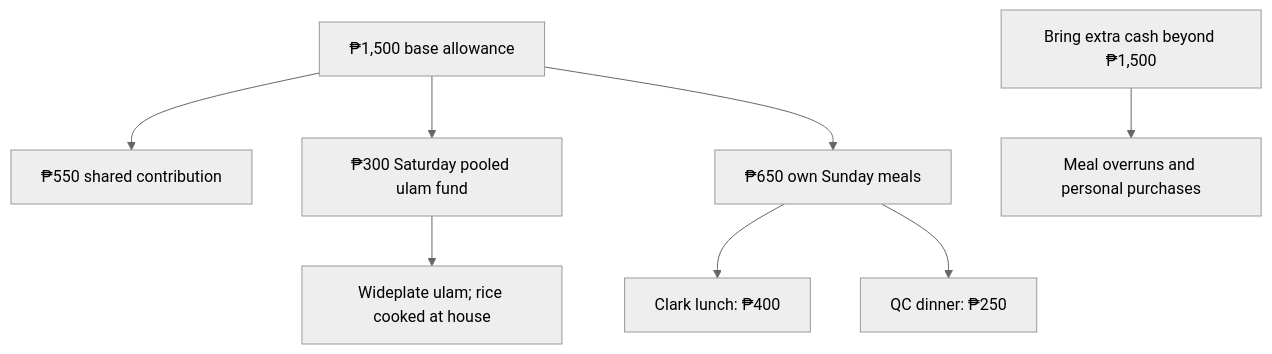
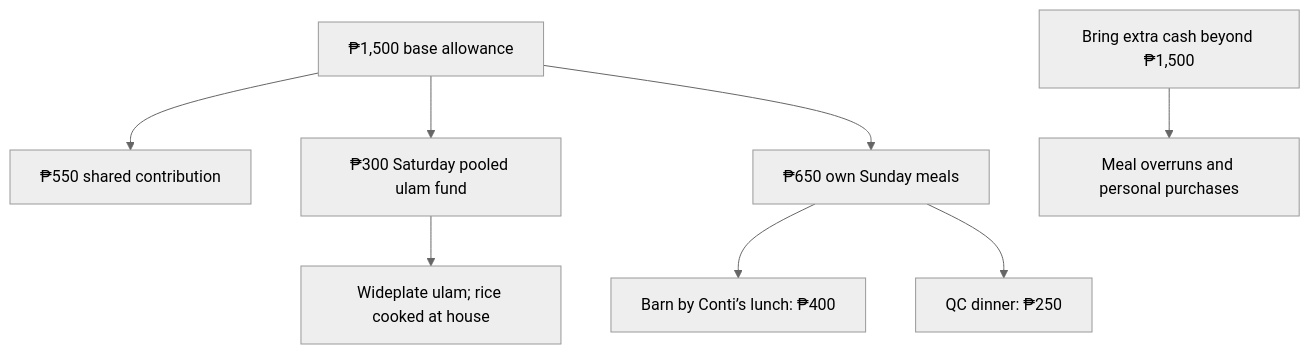
Before and after one commit to itsmcliam/Birthday-Plan: the diagram in assets/budget.mmd, drawn with Mermaid (neutral theme). The commit also changed 5 other files, not shown here.

Commit message:
Select Barn by Conti’s lunch and longganisa Sunday breakfast

```diff
--- a/assets/budget.mmd
+++ b/assets/budget.mmd
@@ -1,8 +1,8 @@
 flowchart TD
     A["₱1,500 base allowance"] --> B["₱550 shared contribution"]
     A --> C["₱300 Saturday pooled ulam fund"]
     A --> D["₱650 own Sunday meals"]
     C --> E["Wideplate ulam; rice cooked at house"]
-    D --> F["Clark lunch: ₱400"]
+    D --> F["Barn by Conti’s lunch: ₱400"]
     D --> G["QC dinner: ₱250"]
     H["Bring extra cash beyond ₱1,500"] --> I["Meal overruns and personal purchases"]
```
